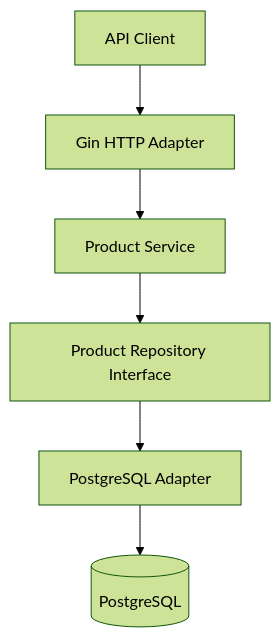
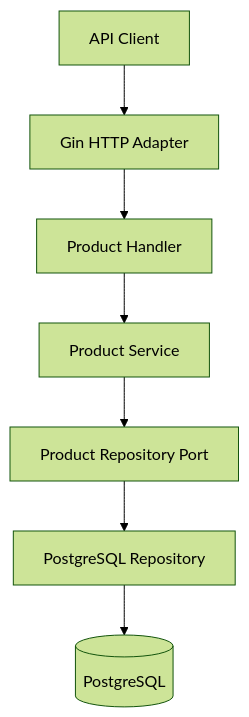
Before and after one commit to Joshua-takyi/inventory-management-api: the diagram in README.md, drawn with Mermaid (forest theme). The commit also changed other lines of this file and 1 other file, not shown here.

````diff
--- a/README.md
+++ b/README.md
@@ -33,8 +38,9 @@
 ```mermaid
 flowchart TD
     Client[API Client] --> Router[Gin HTTP Adapter]
-    Router --> Service[Product Service]
-    Service --> Port[Product Repository Interface]
-    Port --> Repository[PostgreSQL Adapter]
+    Router --> Handler[Product Handler]
+    Handler --> Service[Product Service]
+    Service --> Port[Product Repository Port]
+    Port --> Repository[PostgreSQL Repository]
     Repository --> DB[(PostgreSQL)]
 ```
````
